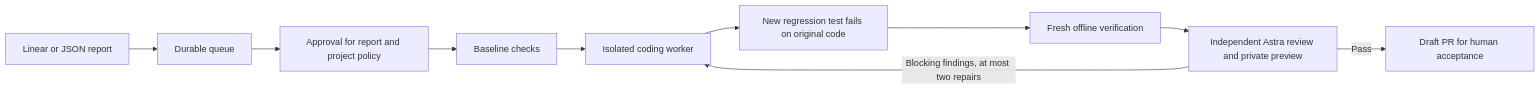
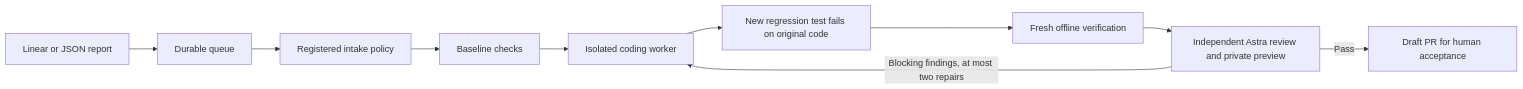
Before and after one commit to DylnMtthws/sdlc-dispatcher: the diagram in README.md, drawn with Mermaid. The commit also changed other lines of this file and 17 other files, not shown here.

````diff
--- a/README.md
+++ b/README.md
@@ -22,12 +22,12 @@
 ```mermaid
 flowchart LR
   A[Linear or JSON report] --> B[Durable queue]
-  B --> C[Approval for report and project policy]
+  B --> C[Registered intake policy]
   C --> D[Baseline checks]
   D --> E[Isolated coding worker]
   E --> F[New regression test fails on original code]
   F --> G[Fresh offline verification]
   G --> H[Independent Astra review and private preview]
   H -->|Blocking findings, at most two repairs| E
   H -->|Pass| I[Draft PR for human acceptance]
 ```
````
